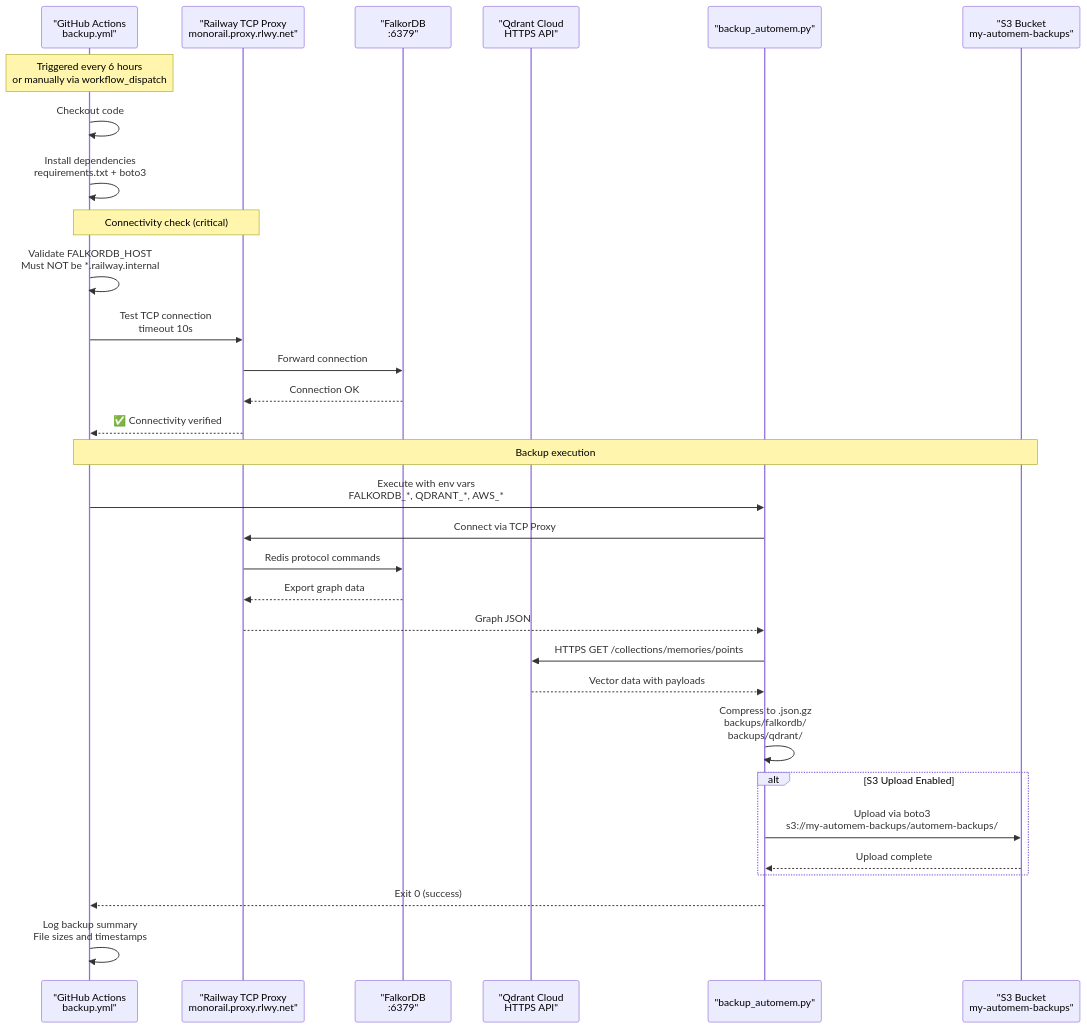
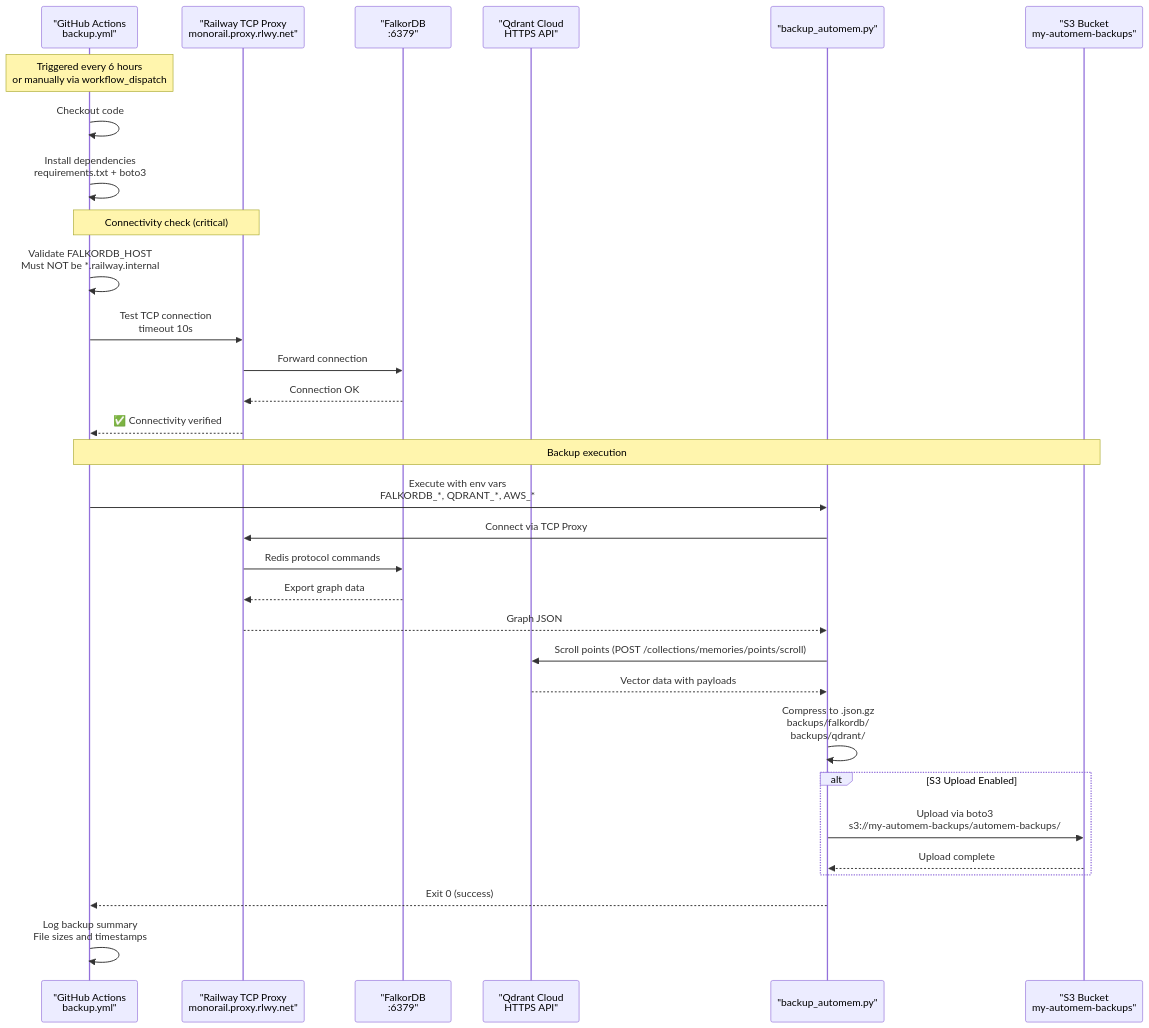
Before and after one commit to verygoodplugins/automem-website: the second of 5 diagrams in src/content/docs/docs/operations/backup.md, drawn with Mermaid. The commit also changed other lines of this file and 1 other file, not shown here.

````diff
--- a/src/content/docs/docs/operations/backup.md
+++ b/src/content/docs/docs/operations/backup.md
@@ -187,41 +187,41 @@
 ```mermaid
 sequenceDiagram
     participant GHA as "GitHub Actions<br/>backup.yml"
     participant TCP as "Railway TCP Proxy<br/>monorail.proxy.rlwy.net"
     participant FDB as "FalkorDB<br/>:6379"
     participant QDR as "Qdrant Cloud<br/>HTTPS API"
     participant Script as "backup_automem.py"
     participant S3 as "S3 Bucket<br/>my-automem-backups"
 
     Note over GHA: Triggered every 6 hours<br/>or manually via workflow_dispatch
 
     GHA->>GHA: Checkout code
     GHA->>GHA: Install dependencies<br/>requirements.txt + boto3
 
     Note over GHA,TCP: Connectivity check (critical)
     GHA->>GHA: Validate FALKORDB_HOST<br/>Must NOT be *.railway.internal
     GHA->>TCP: Test TCP connection<br/>timeout 10s
     TCP->>FDB: Forward connection
     FDB-->>TCP: Connection OK
     TCP-->>GHA: ✅ Connectivity verified
 
     Note over GHA,S3: Backup execution
     GHA->>Script: Execute with env vars<br/>FALKORDB_*, QDRANT_*, AWS_*
     Script->>TCP: Connect via TCP Proxy
     TCP->>FDB: Redis protocol commands
     FDB-->>TCP: Export graph data
     TCP-->>Script: Graph JSON
 
-    Script->>QDR: HTTPS GET /collections/memories/points
+    Script->>QDR: Scroll points (POST /collections/memories/points/scroll)
     QDR-->>Script: Vector data with payloads
 
     Script->>Script: Compress to .json.gz<br/>backups/falkordb/<br/>backups/qdrant/
 
     alt S3 Upload Enabled
         Script->>S3: Upload via boto3<br/>s3://my-automem-backups/automem-backups/
         S3-->>Script: Upload complete
     end
 
     Script-->>GHA: Exit 0 (success)
     GHA->>GHA: Log backup summary<br/>File sizes and timestamps
 ```
````
